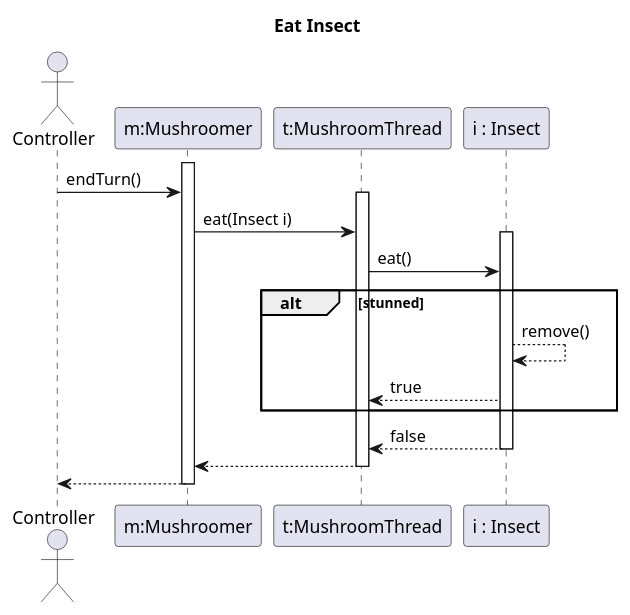
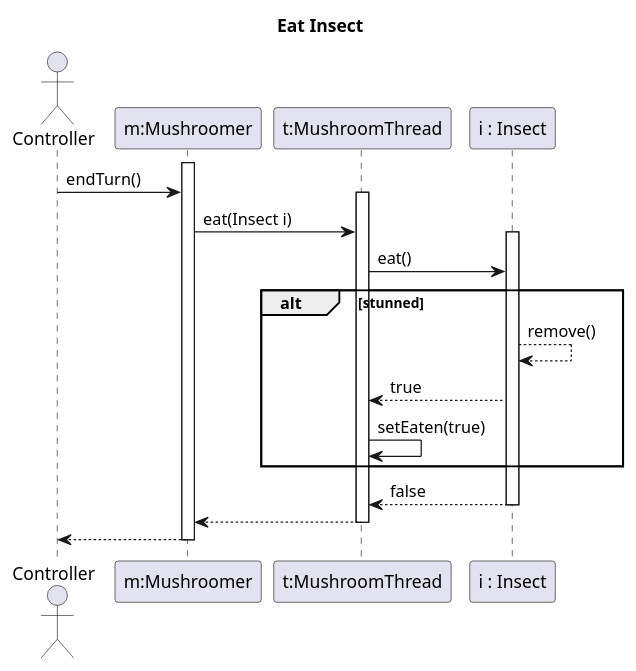
The diagram in 7/sequences/eatInsect.puml (Petya-G/fungorium), drawn with PlantUML before and after one commit. The commit also changed 1 other file, not shown here.

Commit message:
# more diagrams

```diff
--- a/7/sequences/eatInsect.puml
+++ b/7/sequences/eatInsect.puml
@@ -1,25 +1,26 @@
 @startuml eatInsect
 title Eat Insect
 
 actor Controller
 participant "m:Mushroomer" as M
 participant "t:MushroomThread" as T
 participant "i : Insect" as I
 
 activate M
 Controller-> M : endTurn()
 activate T
     M->T: eat(Insect i)
     activate I
         T->I : eat() 
         alt stunned      
             I-->I : remove()  
             I-->T : true  
+            T -> T : setEaten(true)
         end 
         I-->T : false
     deactivate I
     T-->M
 deactivate T
 M-->Controller
 deactivate M
 @enduml
```
